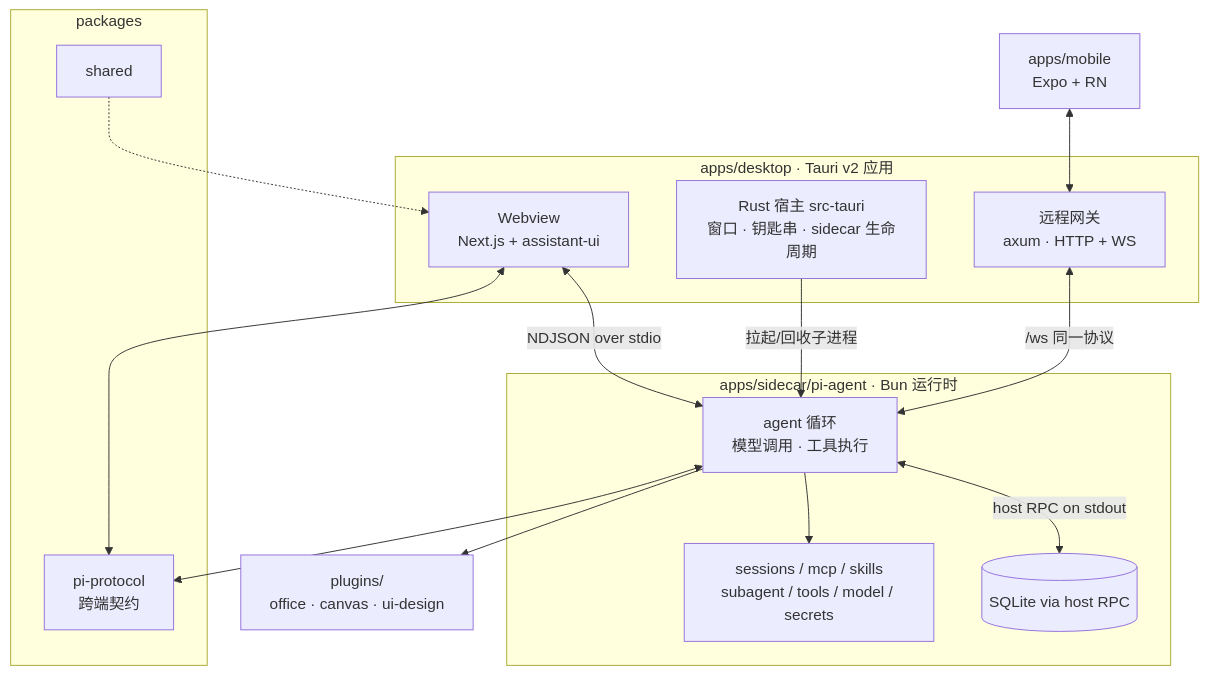
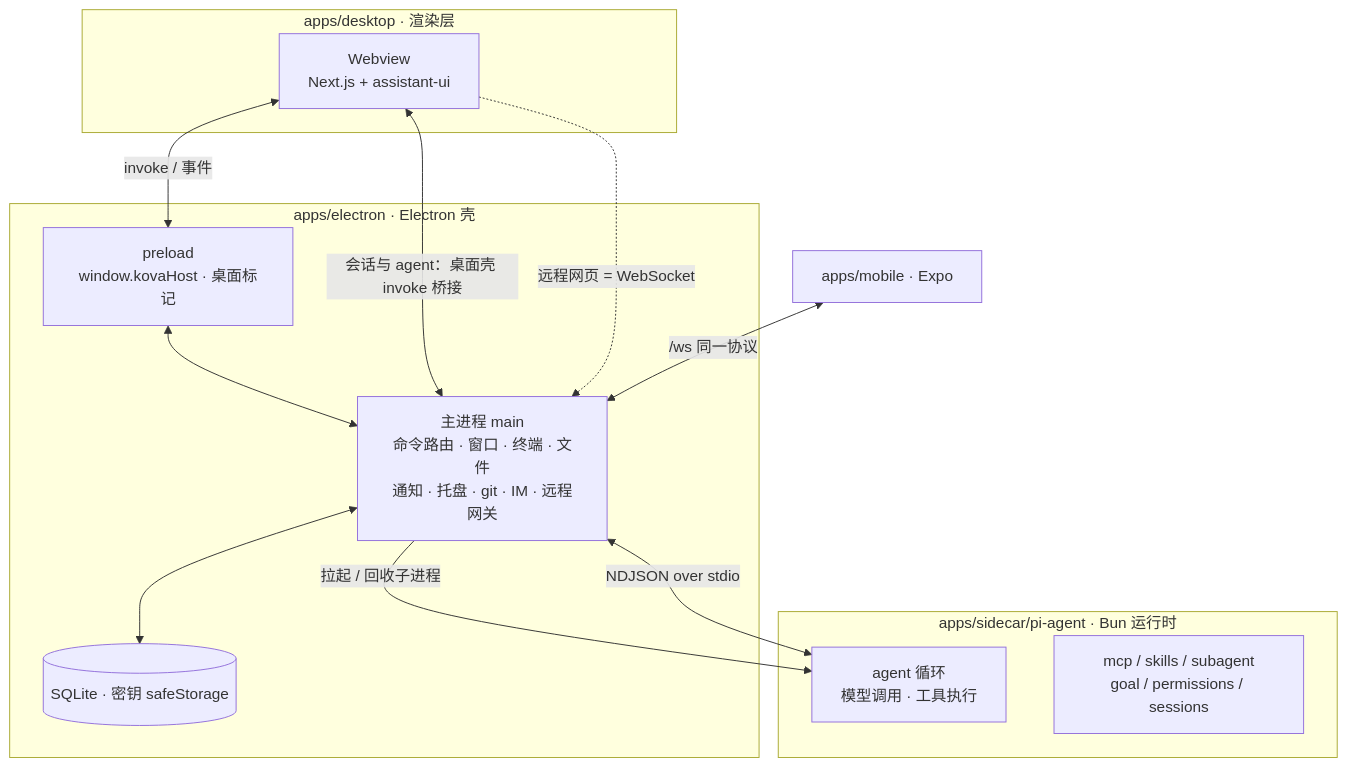
Before and after one commit to xqb0407/kova-docs: the diagram in developers/architecture.mdx, drawn with Mermaid. The commit also changed other lines of this file and 40 other files, not shown here.

````diff
--- a/developers/architecture.mdx
+++ b/developers/architecture.mdx
@@ -10,29 +11,25 @@
 ```mermaid
 graph TD
-  subgraph desktop["apps/desktop · Tauri v2 应用"]
+  subgraph electron["apps/electron · Electron 壳"]
+    M[主进程 main<br/>命令路由 · 窗口 · 终端 · 文件<br/>通知 · 托盘 · git · IM · 远程网关]
+    PRE[preload<br/>window.kovaHost · 桌面标记]
+    DB[(SQLite · 密钥 safeStorage)]
+  end
+  subgraph renderer["apps/desktop · 渲染层"]
     W[Webview<br/>Next.js + assistant-ui]
-    H[Rust 宿主 src-tauri<br/>窗口 · 钥匙串 · sidecar 生命周期]
-    G[远程网关<br/>axum · HTTP + WS]
   end
   subgraph sidecar["apps/sidecar/pi-agent · Bun 运行时"]
     AG[agent 循环<br/>模型调用 · 工具执行]
-    D[sessions / mcp / skills<br/>subagent / tools / model / secrets]
-    ST[(SQLite via host RPC)]
+    D[mcp / skills / subagent<br/>goal / permissions / sessions]
   end
-  subgraph shared["packages"]
-    P[pi-protocol<br/>跨端契约]
-    SH[shared]
-  end
-  PL[plugins/<br/>office · canvas · ui-design]
+  MO[apps/mobile · Expo]
 
-  W <-->|NDJSON over stdio| AG
-  H -->|拉起/回收子进程| AG
-  AG <-->|host RPC on stdout| ST
-  AG --> D
-  G <-->|/ws 同一协议| AG
-  M[apps/mobile<br/>Expo + RN] <--> G
-  W <--> P
-  AG <--> P
-  AG --> PL
-  SH -.-> W
+  W <-->|invoke / 事件| PRE
+  PRE <--> M
+  M <--> DB
+  M -->|拉起 / 回收子进程| AG
+  W <-->|会话与 agent：桌面壳 invoke 桥接| M
+  W -.->|远程网页 = WebSocket| M
+  M <-->|NDJSON over stdio| AG
+  MO <-->|/ws 同一协议| M
 ```
````
